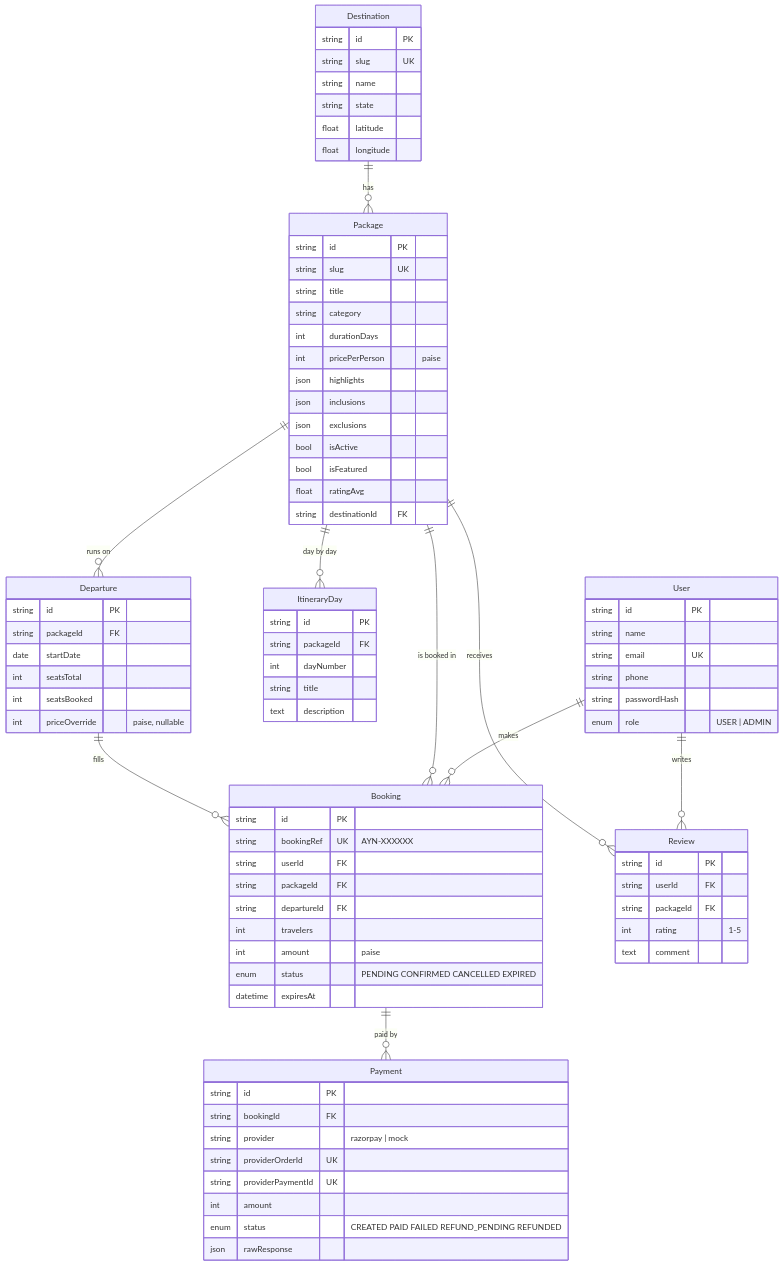
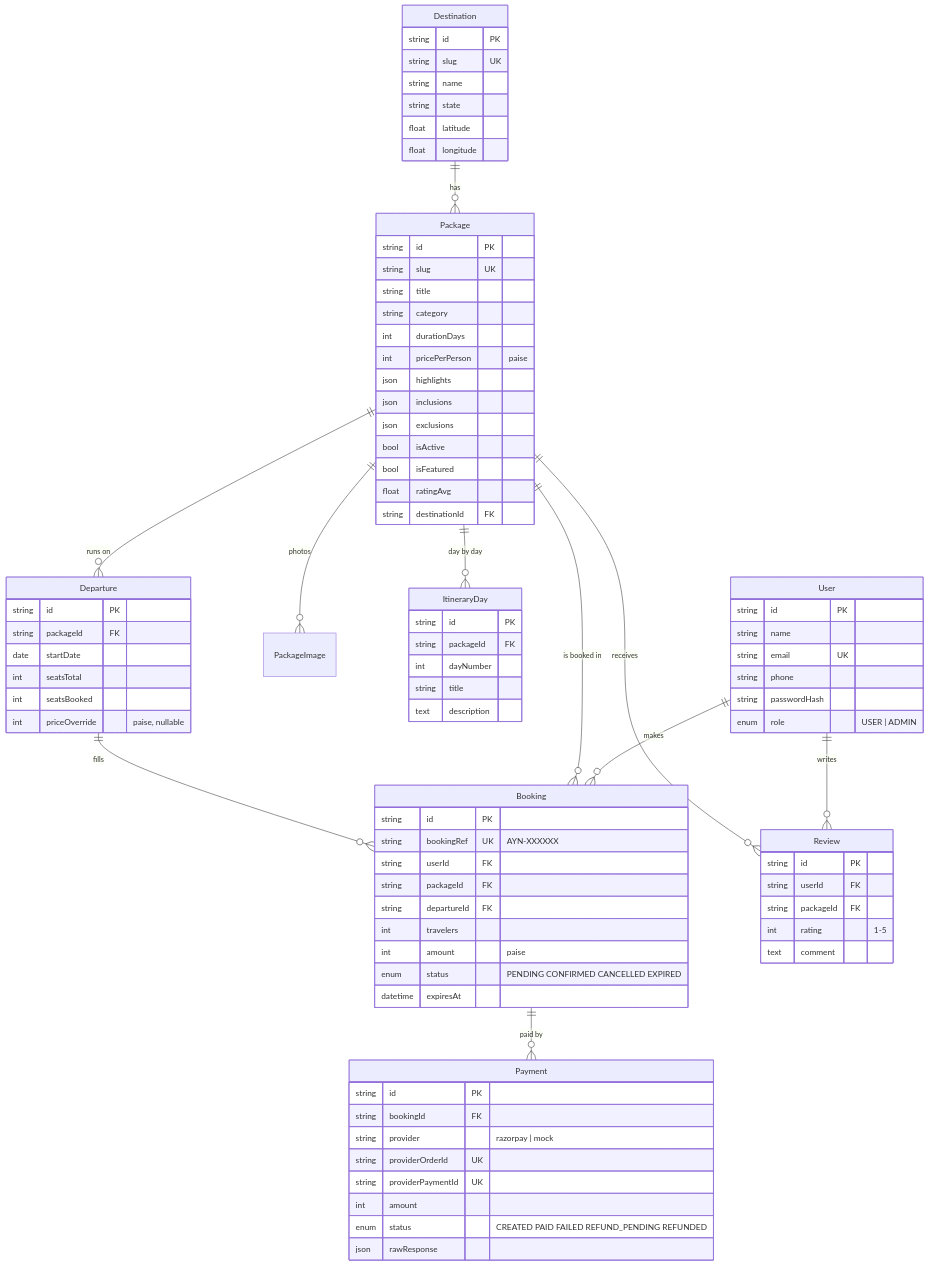
One commit to saurav1231/saurav1231 changed the diagram in docs/03-database.md. Above: the diagram before and after it, drawn with Mermaid. The commit also changed other lines of this file and 9 other files, not shown here.

```diff
--- a/docs/03-database.md
+++ b/docs/03-database.md
@@ -13,6 +13,7 @@
   User ||--o{ Booking : makes
   User ||--o{ Review : writes
   Destination ||--o{ Package : has
+  Package ||--o{ PackageImage : "photos"
   Package ||--o{ ItineraryDay : "day by day"
   Package ||--o{ Departure : "runs on"
   Package ||--o{ Booking : "is booked in"
```
